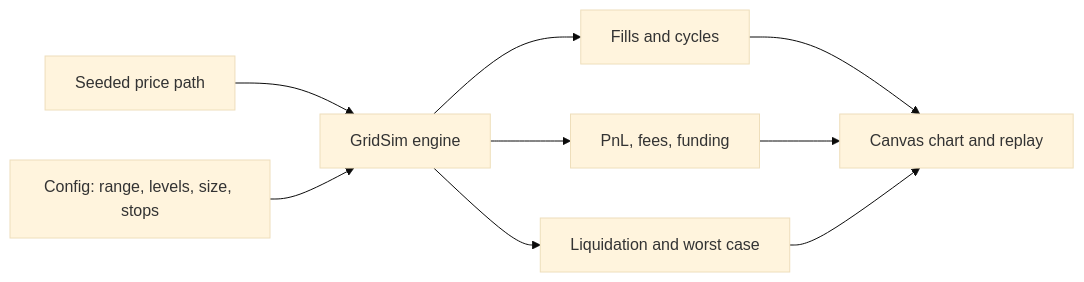
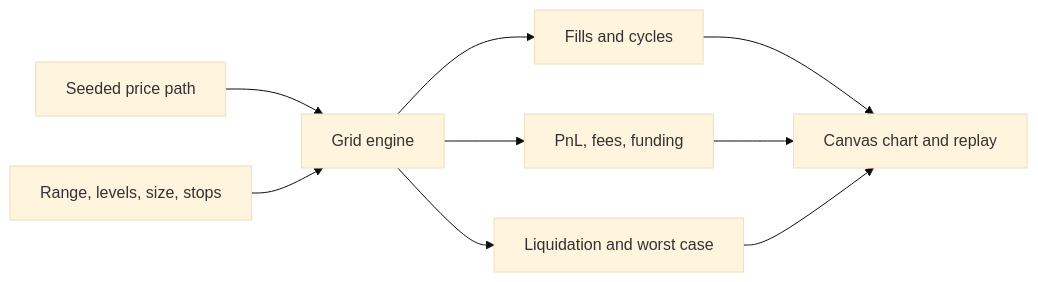
Before and after one commit to osobennyj/warehouse-of-sites: the diagram in projects/things-i-built/content/projects/grid-bot.md, drawn with Mermaid (base theme). The commit also changed other lines of this file and 10 other files, not shown here.

````diff
--- a/projects/things-i-built/content/projects/grid-bot.md
+++ b/projects/things-i-built/content/projects/grid-bot.md
@@ -41,9 +48,9 @@
 ```mermaid
 flowchart LR
-  P[Seeded price path] --> E[GridSim engine]
-  C[Config: range, levels, size, stops] --> E
+  P[Seeded price path] --> E[Grid engine]
+  C[Range, levels, size, stops] --> E
   E --> F[Fills and cycles]
   E --> A[PnL, fees, funding]
   E --> R[Liquidation and worst case]
   F & A & R --> U[Canvas chart and replay]
 ```
````
